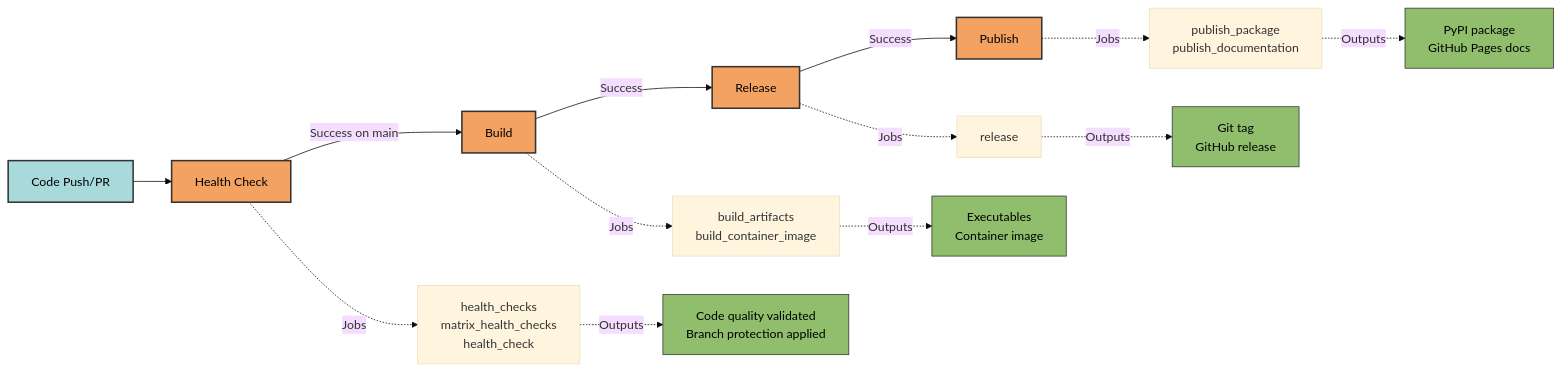
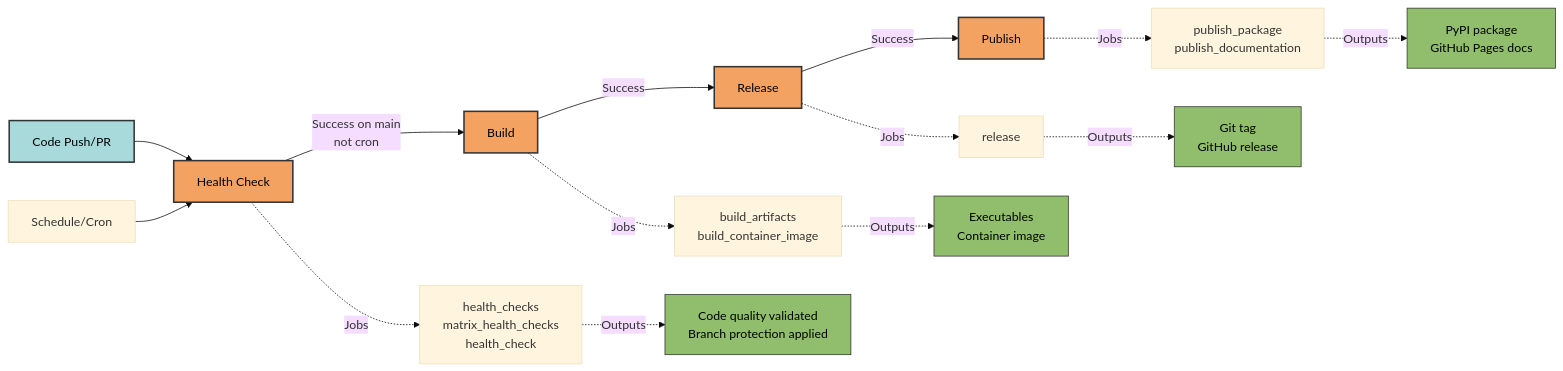
Before and after one commit to Winipedia/pyrig: the third of 3 diagrams in docs/configs/workflows/architecture.md, drawn with Mermaid (base theme). The commit also changed other lines of this file and 8 other files, not shown here.

````diff
--- a/docs/configs/workflows/architecture.md
+++ b/docs/configs/workflows/architecture.md
@@ -117,27 +117,28 @@
 ```mermaid
 graph LR
     A[Code Push/PR] --> B[Health Check]
-    B -->|Success on main| C[Build]
+    S[Schedule/Cron] --> B
+    B -->|Success on main<br/>not cron| C[Build]
     C -->|Success| D[Release]
     D -->|Success| E[Publish]
 
     B -.->|Jobs| B1[health_checks<br/>matrix_health_checks<br/>health_check]
     C -.->|Jobs| C1[build_artifacts<br/>build_container_image]
     D -.->|Jobs| D1[release]
     E -.->|Jobs| E1[publish_package<br/>publish_documentation]
 
     B1 -.->|Outputs| B2[Code quality validated<br/>Branch protection applied]
     C1 -.->|Outputs| C2[Executables<br/>Container image]
     D1 -.->|Outputs| D2[Git tag<br/>GitHub release]
     E1 -.->|Outputs| E2[PyPI package<br/>GitHub Pages docs]
 
     style A fill:#a8dadc,stroke:#333,stroke-width:2px,color:#000
     style B fill:#f4a261,stroke:#333,stroke-width:2px,color:#000
     style C fill:#f4a261,stroke:#333,stroke-width:2px,color:#000
     style D fill:#f4a261,stroke:#333,stroke-width:2px,color:#000
     style E fill:#f4a261,stroke:#333,stroke-width:2px,color:#000
     style B2 fill:#90be6d,stroke:#333,stroke-width:1px,color:#000
     style C2 fill:#90be6d,stroke:#333,stroke-width:1px,color:#000
     style D2 fill:#90be6d,stroke:#333,stroke-width:1px,color:#000
     style E2 fill:#90be6d,stroke:#333,stroke-width:1px,color:#000
 ```
````
